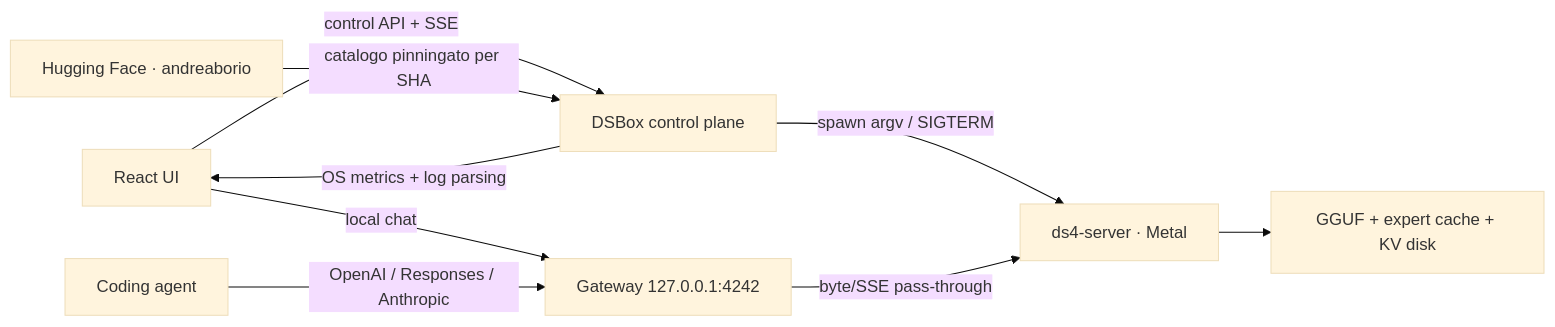
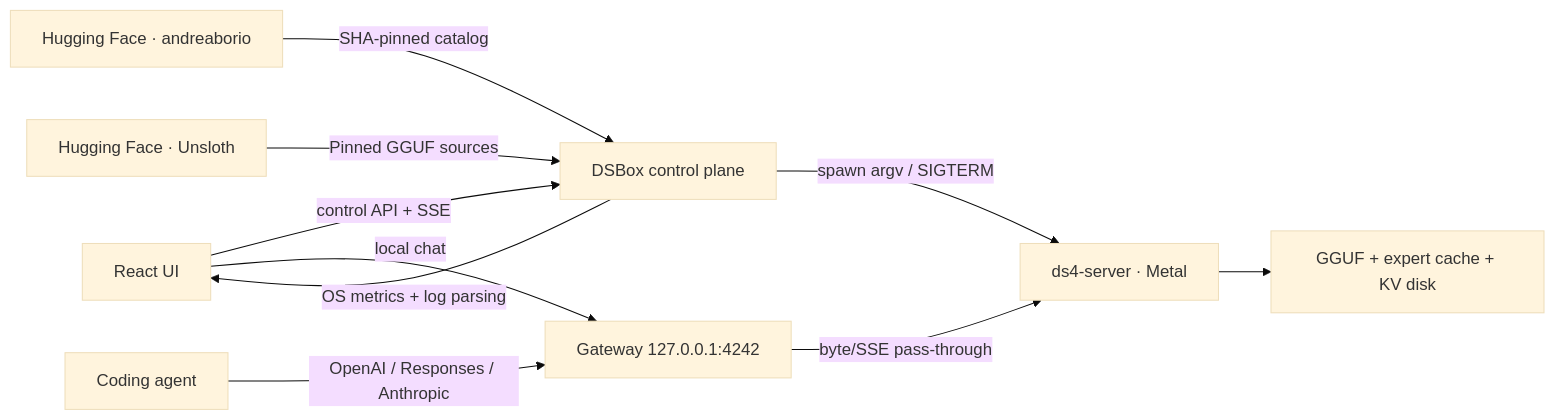
The diagram in README.md (andreaborio/dsbox), drawn with Mermaid (base theme) before and after one commit. The commit also changed other lines of this file and 45 other files, not shown here.

````diff
--- a/README.md
+++ b/README.md
@@ -151,11 +197,12 @@
 ```mermaid
 flowchart LR
     UI["React UI"] -->|"control API + SSE"| CP["DSBox control plane"]
-    HF["Hugging Face · andreaborio"] -->|"catalogo pinningato per SHA"| CP
+    HF["Hugging Face · andreaborio"] -->|"SHA-pinned catalog"| CP
+    US["Hugging Face · Unsloth"] -->|"Pinned GGUF sources"| CP
     CP -->|"spawn argv / SIGTERM"| DS4["ds4-server · Metal"]
     CP -->|"OS metrics + log parsing"| UI
     UI -->|"local chat"| GW["Gateway 127.0.0.1:4242"]
     AG["Coding agent"] -->|"OpenAI / Responses / Anthropic"| GW
     GW -->|"byte/SSE pass-through"| DS4
     DS4 --> SSD["GGUF + expert cache + KV disk"]
 ```
````
